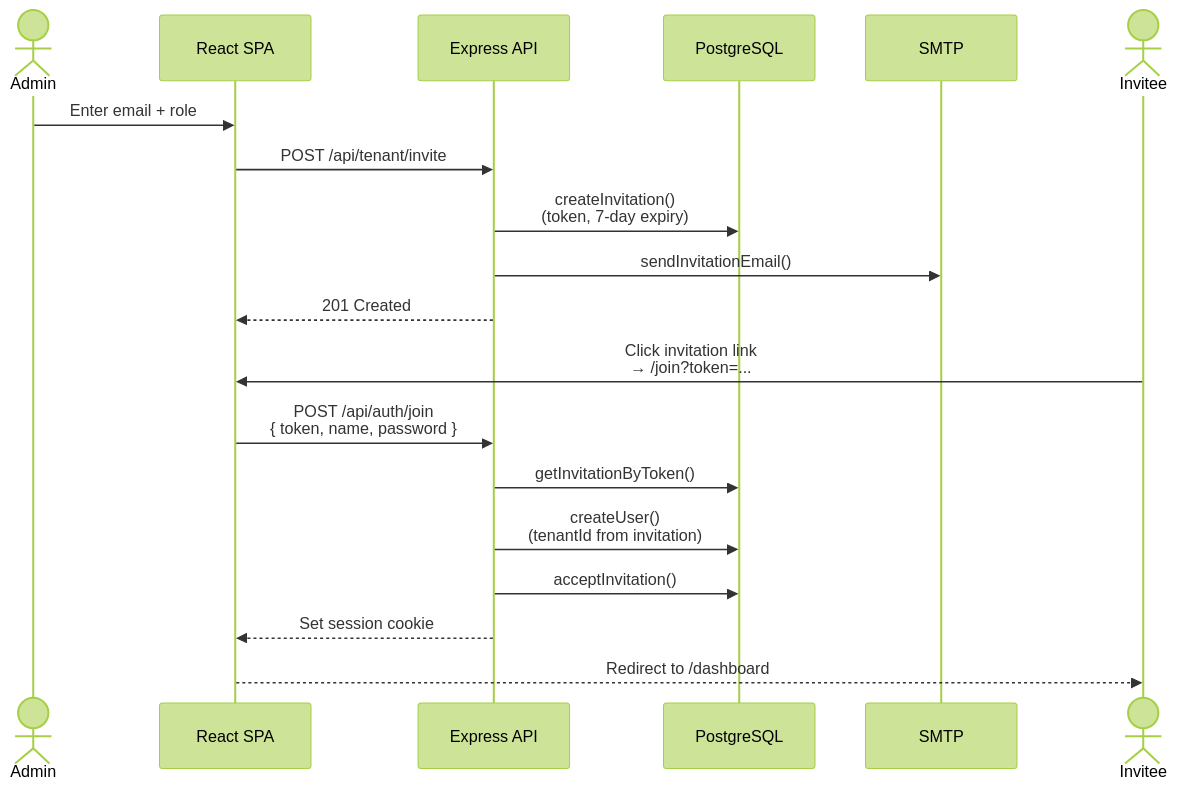
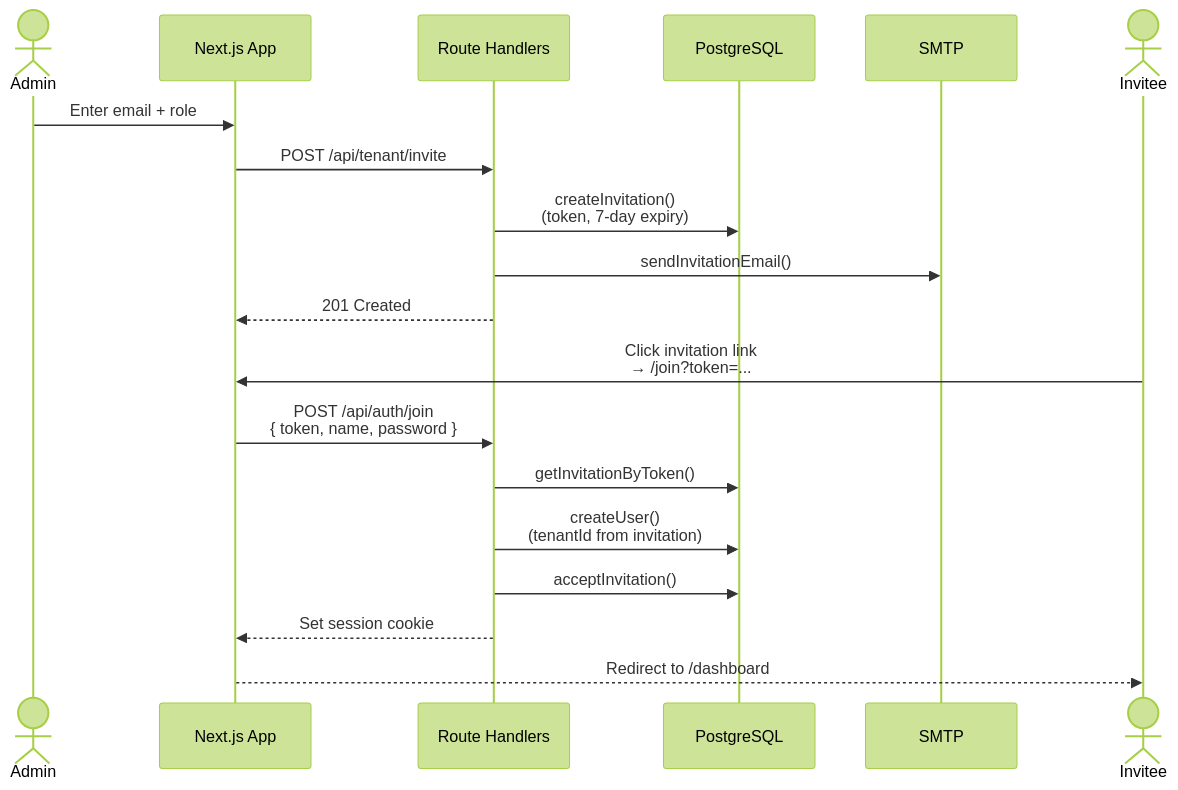
The sixth of 6 diagrams in docs/architecture-logical.md (erium/app-template), drawn with Mermaid (forest theme) before and after one commit. The commit also changed other lines of this file and 7 other files, not shown here.

First line of the commit message:
docs: update all documentation for Next.js App Router migration

````diff
--- a/docs/architecture-logical.md
+++ b/docs/architecture-logical.md
@@ -191,23 +190,23 @@
 ```mermaid
 sequenceDiagram
     actor Admin
-    participant Client as React SPA
-    participant API as Express API
+    participant Client as Next.js App
+    participant API as Route Handlers
     participant DB as PostgreSQL
     participant Email as SMTP
     actor Invitee
 
     Admin->>Client: Enter email + role
     Client->>API: POST /api/tenant/invite
     API->>DB: createInvitation()<br/>(token, 7-day expiry)
     API->>Email: sendInvitationEmail()
     API-->>Client: 201 Created
 
     Invitee->>Client: Click invitation link<br/>→ /join?token=...
     Client->>API: POST /api/auth/join<br/>{ token, name, password }
     API->>DB: getInvitationByToken()
     API->>DB: createUser()<br/>(tenantId from invitation)
     API->>DB: acceptInvitation()
     API-->>Client: Set session cookie
     Client-->>Invitee: Redirect to /dashboard
 ```
````
